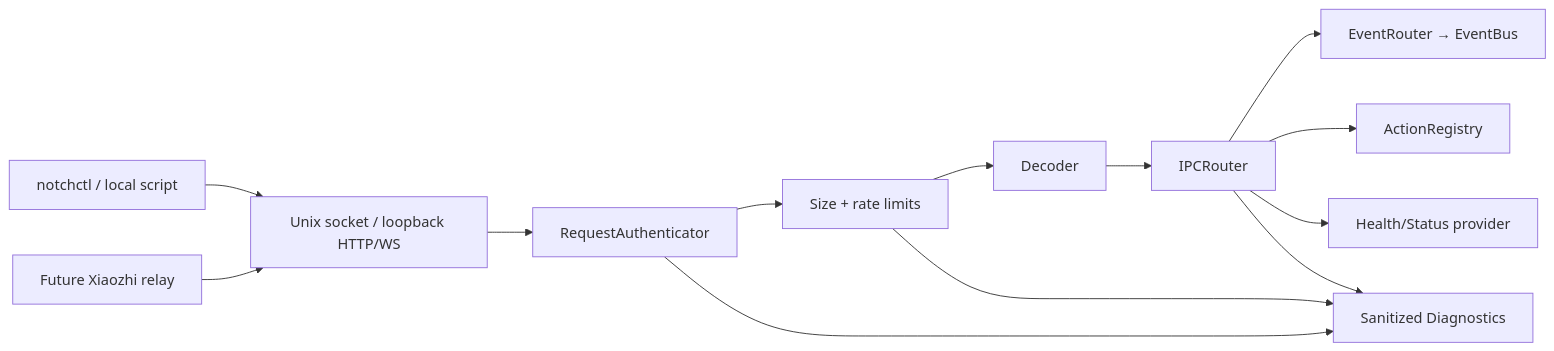
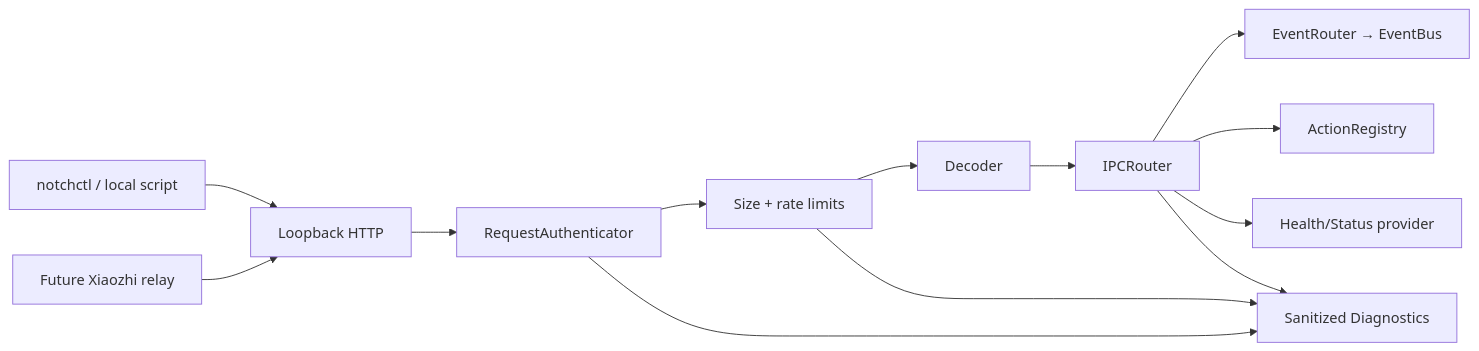
One commit to hailp-vn38/NotchHub changed the diagram in docs/architecture/ipc.md. Above: the diagram before and after it, drawn with Mermaid. The commit also changed other lines of this file and 17 other files, not shown here.

````diff
--- a/docs/architecture/ipc.md
+++ b/docs/architecture/ipc.md
@@ -79,27 +77,27 @@
 ```mermaid
 flowchart LR
     CLI[notchctl / local script]
     Relay[Future Xiaozhi relay]
-    Transport[Unix socket / loopback HTTP/WS]
+    Transport[Loopback HTTP]
     Auth[RequestAuthenticator]
     Limits[Size + rate limits]
     Decode[Decoder]
     Router[IPCRouter]
     Events[EventRouter → EventBus]
     Actions[ActionRegistry]
     Health[Health/Status provider]
     Diagnostics[Sanitized Diagnostics]
 
     CLI --> Transport
     Relay --> Transport
     Transport --> Auth
     Auth --> Limits
     Limits --> Decode
     Decode --> Router
     Router --> Events
     Router --> Actions
     Router --> Health
     Auth --> Diagnostics
     Limits --> Diagnostics
     Router --> Diagnostics
 ```
````
